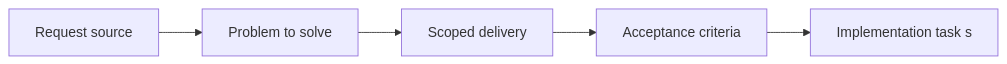
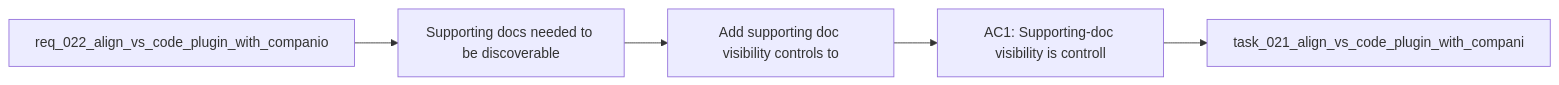
Before and after one commit to AlexAgo83/logics-manager: the diagram in logics/backlog/item_026_add_supporting_doc_visibility_controls_to_plugin_board_and_list_views.md, drawn with Mermaid. The commit also changed 481 other files, not shown here.

````diff
--- a/logics/backlog/item_026_add_supporting_doc_visibility_controls_to_plugin_board_and_list_views.md
+++ b/logics/backlog/item_026_add_supporting_doc_visibility_controls_to_plugin_board_and_list_views.md
@@ -24,8 +24,9 @@
 ```mermaid
+%% logics-kind: backlog
 %% logics-signature: backlog|add-supporting-doc-visibility-controls-t|req-022-align-vs-code-plugin-with-compan|supporting-docs-needed-to-be-discoverabl|ac1-supporting-doc-visibility-is-control
 flowchart LR
-    Req[Request source] --> Problem[Problem to solve]
-    Problem --> Scope[Scoped delivery]
-    Scope --> AC[Acceptance criteria]
-    AC --> Tasks[Implementation task s]
+    Request[req_022_align_vs_code_plugin_with_companio] --> Problem[Supporting docs needed to be discoverable]
+    Problem --> Scope[Add supporting doc visibility controls to]
+    Scope --> Acceptance[AC1: Supporting-doc visibility is controll]
+    Acceptance --> Tasks[task_021_align_vs_code_plugin_with_compani]
 ```
````
